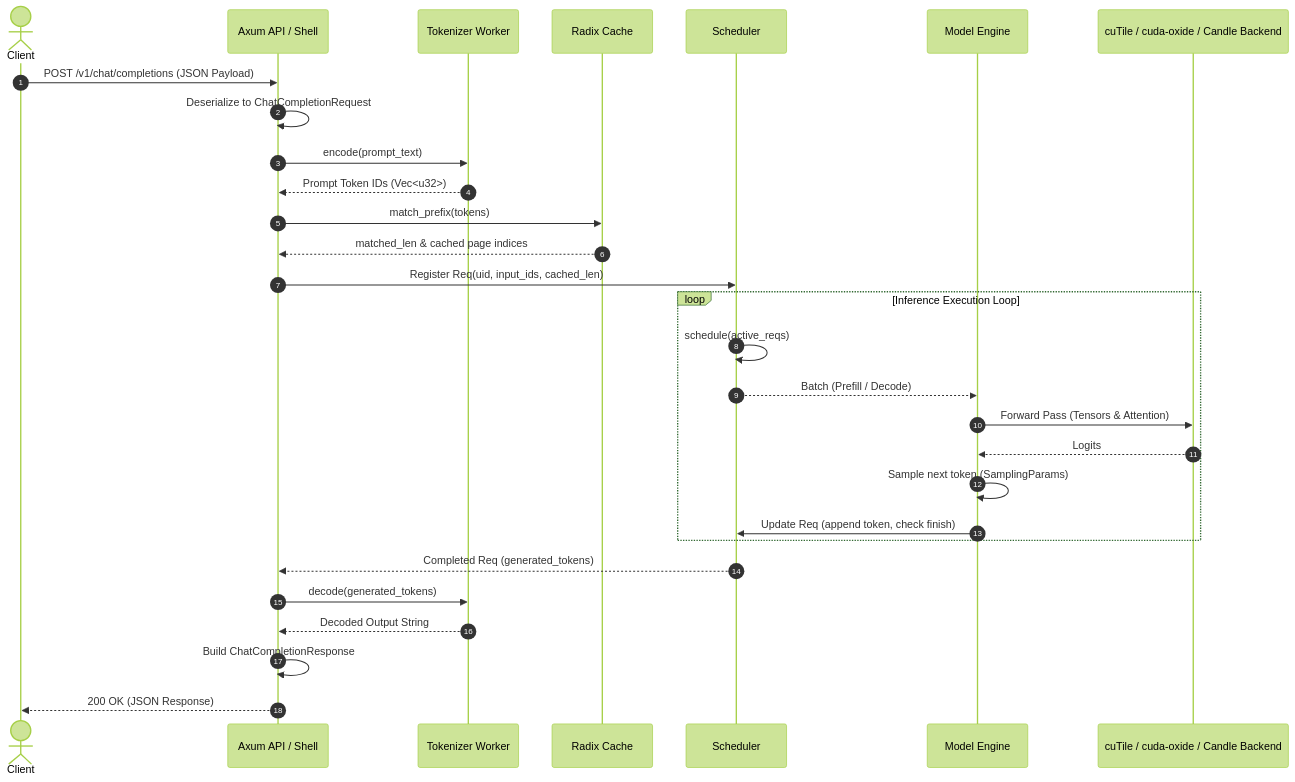
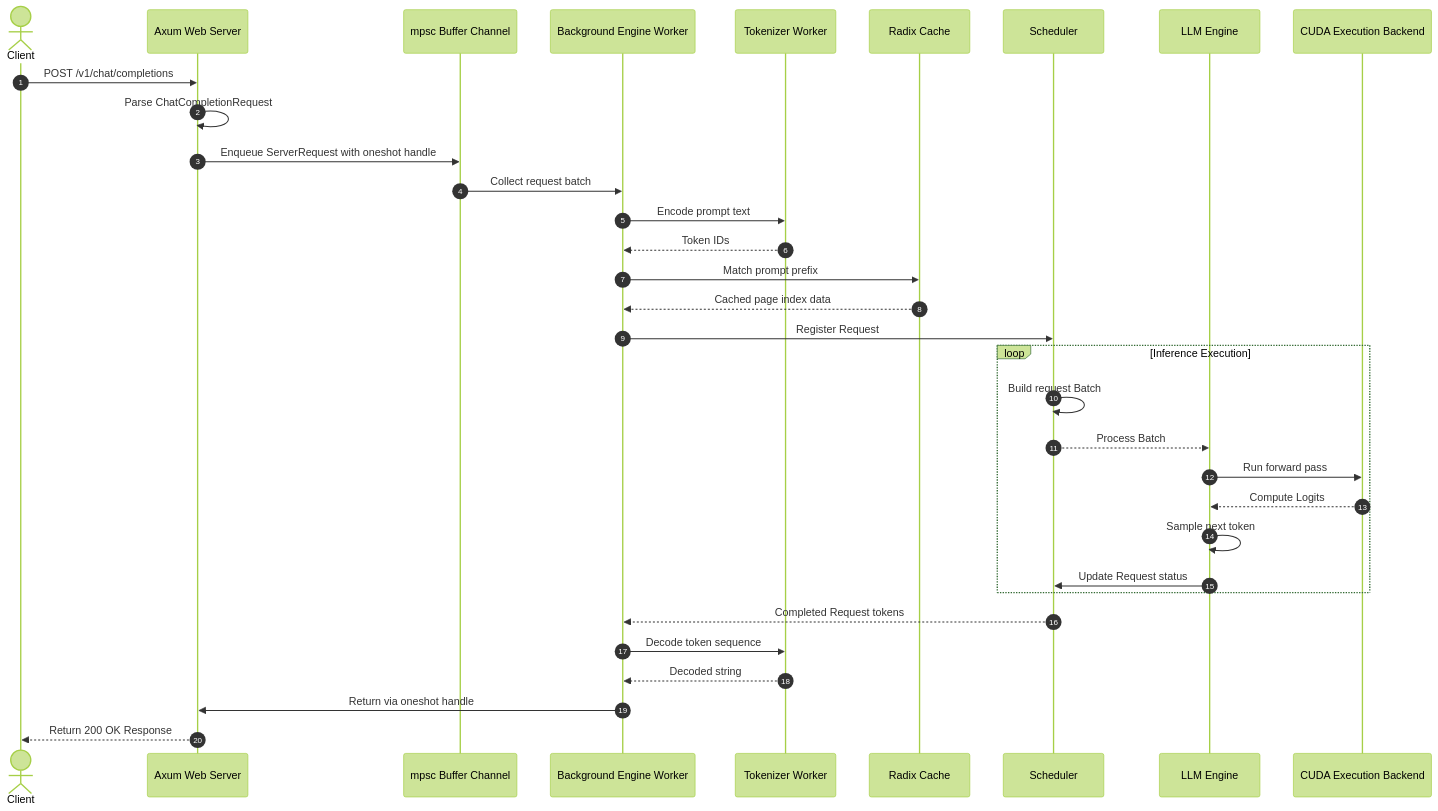
The second of 4 diagrams in README.md (Ammar-Alnagar/mini-sglang-rs), drawn with Mermaid (forest theme) before and after one commit. The commit also changed other lines of this file and 4 other files, not shown here.

First line of the commit message:
Update documentation and system diagrams (#4)

````diff
--- a/README.md
+++ b/README.md
@@ -76,34 +81,38 @@
 ```mermaid
 sequenceDiagram
     autonumber
     actor Client
-    participant Axum as Axum API / Shell
+    participant Axum as Axum Web Server
+    participant Channel as mpsc Buffer Channel
+    participant Worker as Background Engine Worker
     participant Tokenizer as Tokenizer Worker
     participant Cache as Radix Cache
     participant Scheduler as Scheduler
-    participant Engine as Model Engine
-    participant CUDA as cuTile / cuda-oxide / Candle Backend
+    participant Engine as LLM Engine
+    participant CUDA as CUDA Execution Backend
 
-    Client->>Axum: POST /v1/chat/completions (JSON Payload)
-    Axum->>Axum: Deserialize to ChatCompletionRequest
-    Axum->>Tokenizer: encode(prompt_text)
-    Tokenizer-->>Axum: Prompt Token IDs (Vec<u32>)
-    Axum->>Cache: match_prefix(tokens)
-    Cache-->>Axum: matched_len & cached page indices
-    Axum->>Scheduler: Register Req(uid, input_ids, cached_len)
+    Client->>Axum: POST /v1/chat/completions
+    Axum->>Axum: Parse ChatCompletionRequest
+    Axum->>Channel: Enqueue ServerRequest with oneshot handle
+    Channel->>Worker: Collect request batch
+    Worker->>Tokenizer: Encode prompt text
+    Tokenizer-->>Worker: Token IDs
+    Worker->>Cache: Match prompt prefix
+    Cache-->>Worker: Cached page index data
+    Worker->>Scheduler: Register Request
     
-    loop Inference Execution Loop
-        Scheduler->>Scheduler: schedule(active_reqs)
-        Scheduler-->>Engine: Batch (Prefill / Decode)
-        Engine->>CUDA: Forward Pass (Tensors & Attention)
-        CUDA-->>Engine: Logits
-        Engine->>Engine: Sample next token (SamplingParams)
-        Engine->>Scheduler: Update Req (append token, check finish)
+    loop Inference Execution
+        Scheduler->>Scheduler: Build request Batch
+        Scheduler-->>Engine: Process Batch
+        Engine->>CUDA: Run forward pass
+        CUDA-->>Engine: Compute Logits
+        Engine->>Engine: Sample next token
+        Engine->>Scheduler: Update Request status
     end
 
-    Scheduler-->>Axum: Completed Req (generated_tokens)
-    Axum->>Tokenizer: decode(generated_tokens)
-    Tokenizer-->>Axum: Decoded Output String
-    Axum->>Axum: Build ChatCompletionResponse
-    Axum-->>Client: 200 OK (JSON Response)
+    Scheduler-->>Worker: Completed Request tokens
+    Worker->>Tokenizer: Decode token sequence
+    Tokenizer-->>Worker: Decoded string
+    Worker->>Axum: Return via oneshot handle
+    Axum-->>Client: Return 200 OK Response
 ```
````
